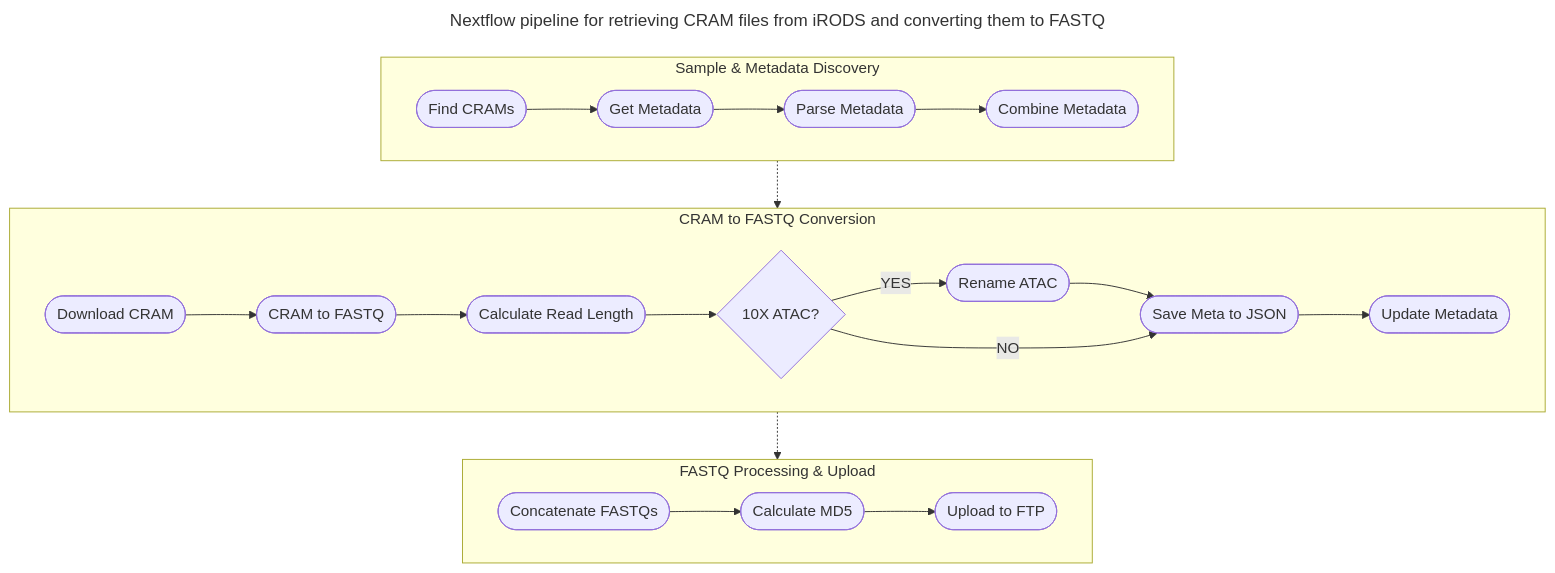
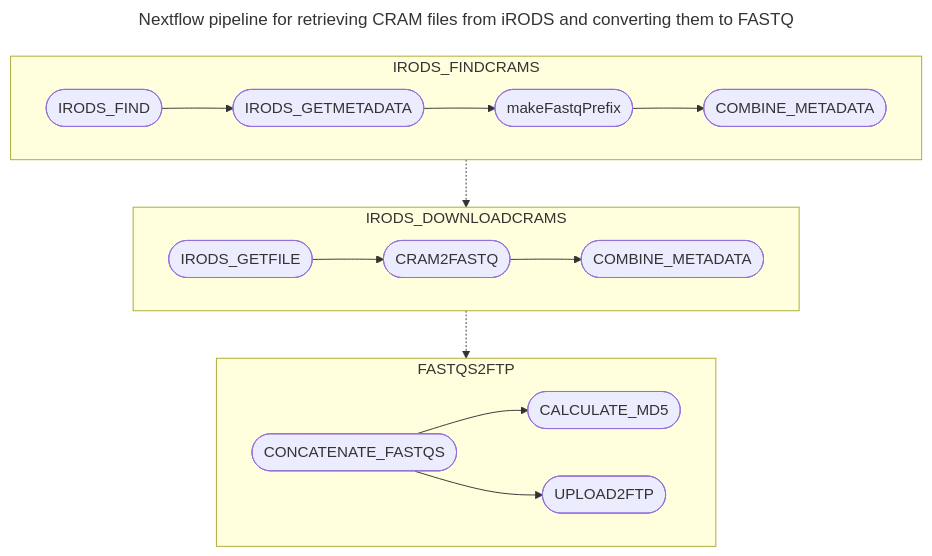
One commit to cellgeni/nf-irods-to-fastq changed the diagram in README.md. Above: the diagram before and after it, drawn with Mermaid.

Commit message:
Update flow chart

````diff
--- a/README.md
+++ b/README.md
@@ -244,41 +244,34 @@
 ```mermaid
 ---
 title: Nextflow pipeline for retrieving CRAM files from iRODS and converting them to FASTQ
 ---
 flowchart TB
-    subgraph discovery["Sample & Metadata Discovery"]
+    subgraph findcrams["IRODS_FINDCRAMS"]
         direction LR
-        v0([Find CRAMs])
-        v1([Get Metadata])
-        v2([Parse Metadata])
-        v3([Combine Metadata])
+        v0([IRODS_FIND])
+        v1([IRODS_GETMETADATA])
+        v2([makeFastqPrefix])
+        v3([COMBINE_METADATA])
     end
     
-    subgraph conversion["CRAM to FASTQ Conversion"]
+    subgraph downloadcrams["IRODS_DOWNLOADCRAMS"]
         direction LR
-        v4([Download CRAM])
-        v5([CRAM to FASTQ])
-        v6([Calculate Read Length])
-        v7([Check ATAC])
-        v8([Rename ATAC])
-        v9([Save Meta to JSON])
-        v10([Update Metadata])
+        v4([IRODS_GETFILE])
+        v5([CRAM2FASTQ])
+        v6([COMBINE_METADATA])
     end
     
-    subgraph upload["FASTQ Processing & Upload"]
+    subgraph fastq2ftp["FASTQS2FTP"]
         direction LR
-        v11([Concatenate FASTQs])
-        v12([Calculate MD5])
-        v13([Upload to FTP])
+        v7([CONCATENATE_FASTQS])
+        v8([CALCULATE_MD5])
+        v9([UPLOAD2FTP])
     end
     
     v0 --> v1 --> v2 --> v3
-    v4 --> v5 --> v6 --> v7{10X ATAC?}
-    v11 --> v12 --> v13
-    v7 --YES--> v8
-    v8 --> v9
-    v7 --NO--> v9
-    v9 --> v10
+    v4 --> v5 --> v6
+    v7 --> v8
+    v7 --> v9
     
-    discovery -.-> conversion -.-> upload
+    findcrams -.-> downloadcrams -.-> fastq2ftp
 ```
````
